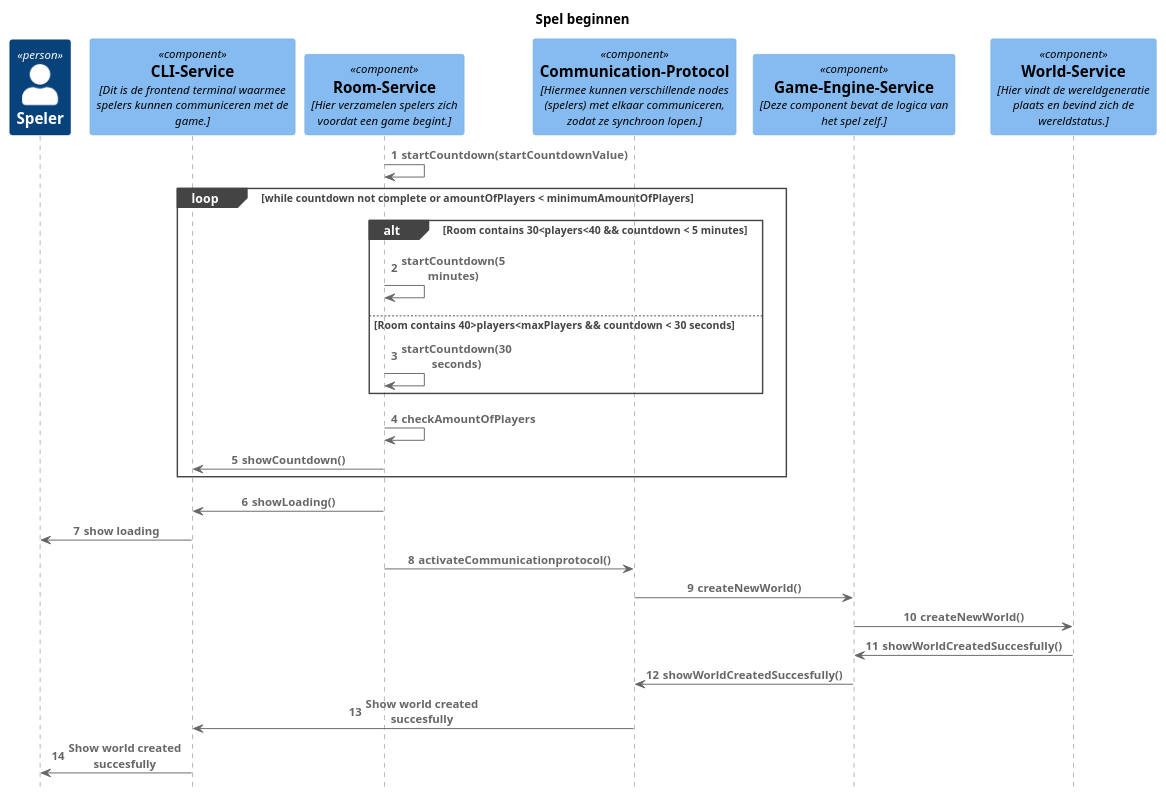
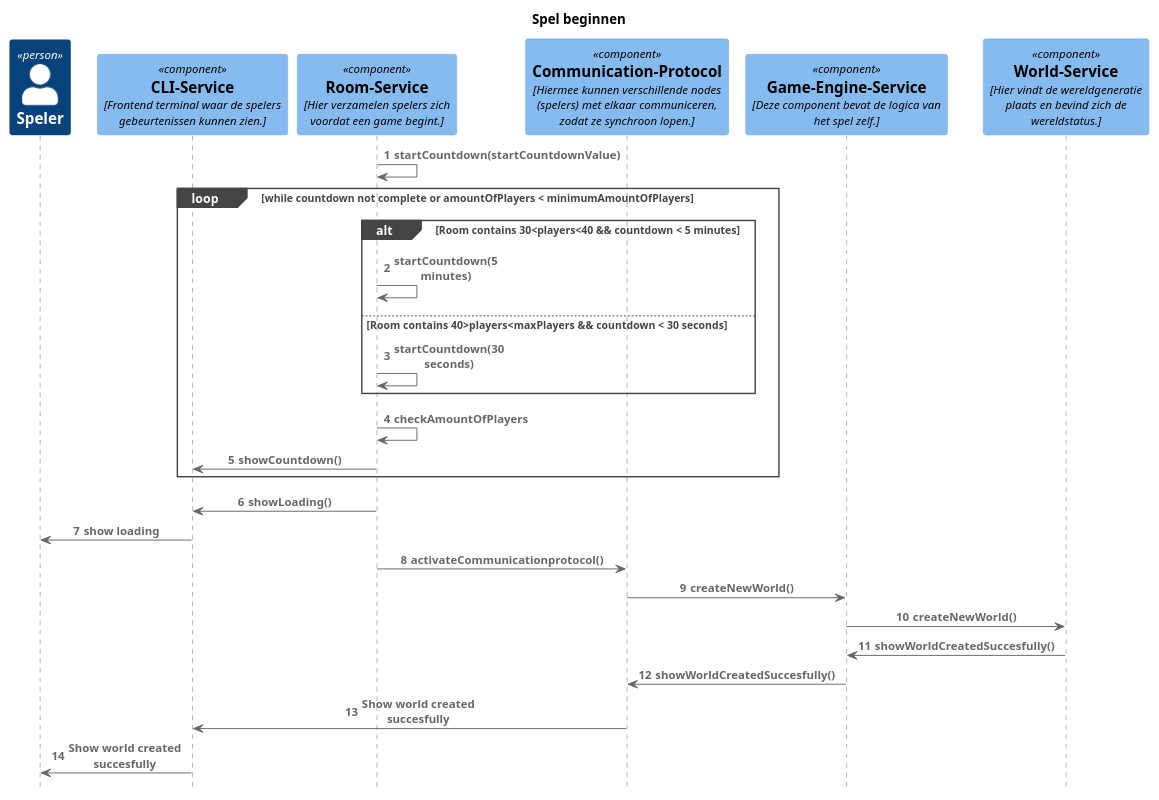
One commit to DaanBannaan/SAD-sequentie changed the diagram in SpelBeginnen.puml. Above: the diagram before and after it, drawn with PlantUML. The commit also changed 7 other files, not shown here.

Commit message:
ISAConfigureren en spelHervatten diagrammen gemaakt

```diff
--- a/SpelBeginnen.puml
+++ b/SpelBeginnen.puml
@@ -1,62 +1,62 @@
 @startuml
 !include https://raw.githubusercontent.com/plantuml-stdlib/C4-PlantUML/master/C4_Sequence.puml
 
 autonumber
 
 'Person(user, "Speler")
 'Component(configuration, "Configuration-Service", "Hier kan het gedrag van een agent aangepast worden en kunnen nieuwe modules toegevoegd worden.")
 'Component(world, "World-Service", "Hier vindt de wereldgeneratie plaats en bevind zich de wereldstatus.")
 'Component(engine, "Game-Engine-Service", "Deze component bevat de logica van het spel zelf.")
 'Component(agent, "Agent-Service", "Deze component bevat de logica van een agent.")
 'Component(player, "Player-Service", "Deze component bevat de logica van een karakter.")
 'Component(monster, "Monster-Service", "Deze component bevat de logica van een monster.")
 'Component(save, "Save-and-Load-Service", "Deze component regelt het laden en opslaan van het spel.")
 'Component(communication, "Communication-Protocol", "Hiermee kunnen verschillende nodes (spelers) met elkaar communiceren, zodat ze synchroon lopen.")
-'Component(cli, "CLI-Service", "Dit is de frontend terminal waarmee spelers kunnen communiceren met de game.")
+'Component(cli, "CLI-Service", "Frontend terminal waar de spelers gebeurtenissen kunnen zien.")
 'Component(chat, "Chat-Service", "Via dit component kunnen spelers met elkaar chatten.")
 'Component(logging, "Logging-Service", "Hier worden CPU gebruik, RAM gebruik, aantal spelers, netwerkvertraging, connecties, gevechten, agent-overnames, fouten en saves gelogd.")
 'Component(room, "Room-Service", "Hier verzamelen spelers zich voordat een game begint.")
 
 title Spel beginnen
 
 Person(user, "Speler")
-Component(cli, "CLI-Service", "Dit is de frontend terminal waarmee spelers kunnen communiceren met de game.")
+Component(cli, "CLI-Service", "Frontend terminal waar de spelers gebeurtenissen kunnen zien.")
 Component(room, "Room-Service", "Hier verzamelen spelers zich voordat een game begint.")
 Component(communication, "Communication-Protocol", "Hiermee kunnen verschillende nodes (spelers) met elkaar communiceren, zodat ze synchroon lopen.")
 Component(engine, "Game-Engine-Service", "Deze component bevat de logica van het spel zelf.")
 Component(world, "World-Service", "Hier vindt de wereldgeneratie plaats en bevind zich de wereldstatus.")
 
 Rel(room, room, "startCountdown(startCountdownValue)")
 loop while countdown not complete or amountOfPlayers < minimumAmountOfPlayers
 
 alt Room contains 30<players<40 && countdown < 5 minutes
 Rel(room, room, "startCountdown(5 minutes)")
 else Room contains 40>players<maxPlayers  && countdown < 30 seconds
 Rel(room, room, "startCountdown(30 seconds)")
 end
 Rel(room, room, "checkAmountOfPlayers")
 Rel(room, cli, "showCountdown()")
 end loop
 
 Rel(room, cli, "showLoading()")
 Rel(cli, user, "show loading")
 Rel(room, communication, "activateCommunicationprotocol()")
 Rel(communication, engine, "createNewWorld()")
 Rel(engine, world, "createNewWorld()")
 Rel(world, engine, "showWorldCreatedSuccesfully()")
 Rel(engine, communication, "showWorldCreatedSuccesfully()")
 Rel(communication, cli, "Show world created succesfully")
 Rel(cli, user, "Show world created succesfully")
 
 
 
 
 
 
 
 
 
 
 
 
 @enduml
```
